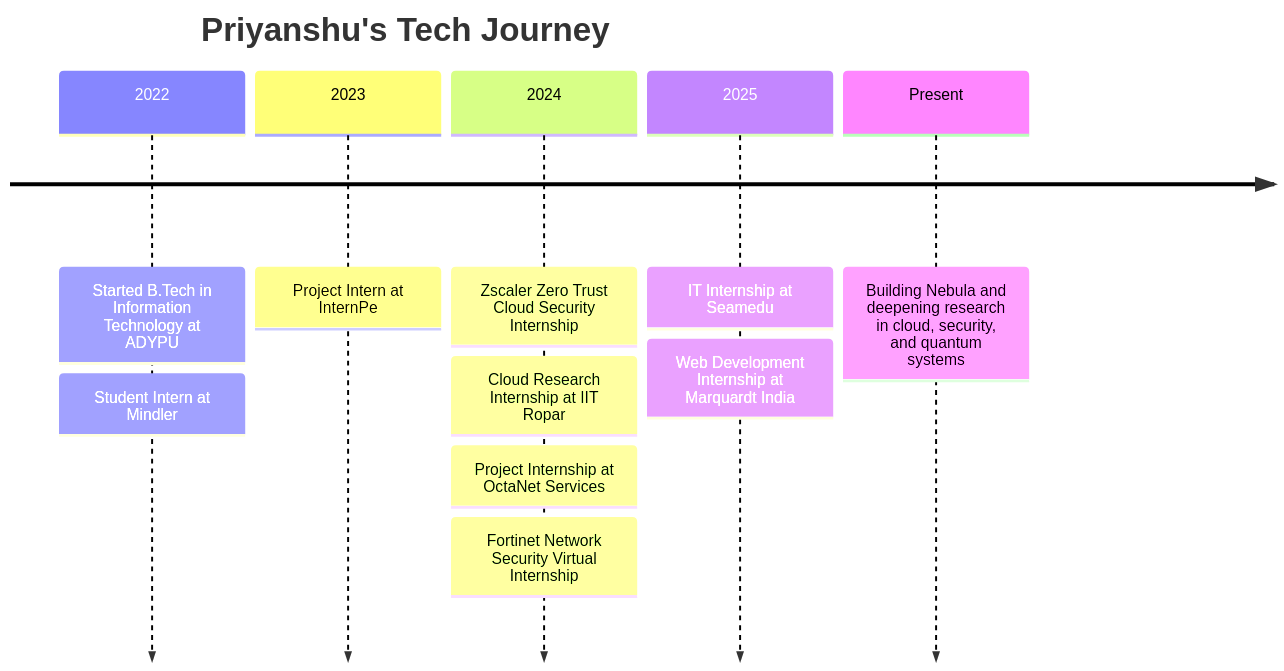
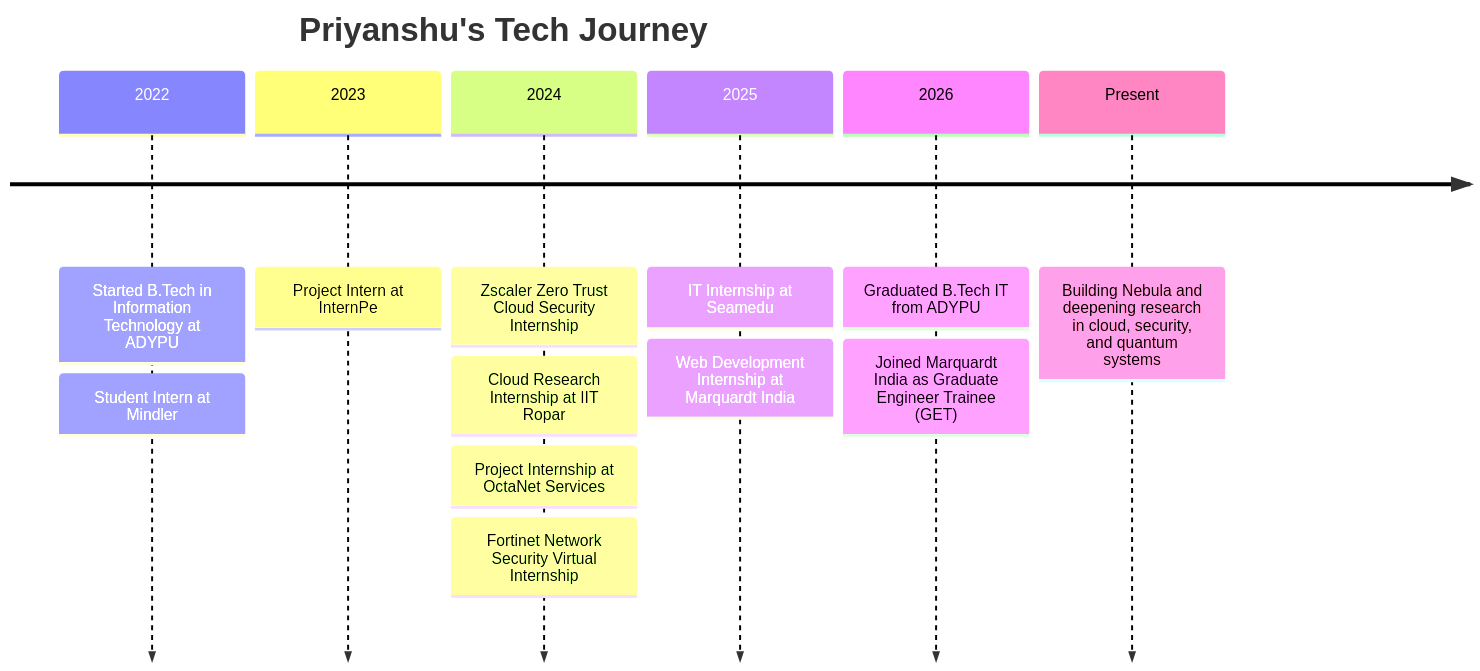
One commit to PriyanshuKSharma/portfolio_priyanshuksharma changed the sixth of 6 diagrams in ABOUT_ME.md. Above: the diagram before and after it, drawn with Mermaid. The commit also changed other lines of this file, not shown here.

Commit message:
feat: update profile to reflect Graduate Engineer Trainee position at Marquardt India

````diff
--- a/ABOUT_ME.md
+++ b/ABOUT_ME.md
@@ -434,14 +436,16 @@
 ```mermaid
 timeline
     title Priyanshu's Tech Journey
     2022 : Started B.Tech in Information Technology at ADYPU
          : Student Intern at Mindler
     2023 : Project Intern at InternPe
     2024 : Zscaler Zero Trust Cloud Security Internship
          : Cloud Research Internship at IIT Ropar
          : Project Internship at OctaNet Services
          : Fortinet Network Security Virtual Internship
     2025 : IT Internship at Seamedu
          : Web Development Internship at Marquardt India
+    2026 : Graduated B.Tech IT from ADYPU
+         : Joined Marquardt India as Graduate Engineer Trainee (GET)
     Present : Building Nebula and deepening research in cloud, security, and quantum systems
 ```
````
